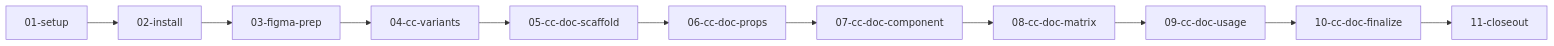
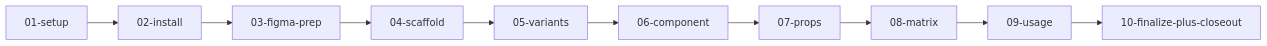
Before and after one commit to JBabcock-DL/DesignOps-plugin: the diagram in skills/create-component/phases/00-index.md, drawn with Mermaid. The commit also changed other lines of this file and 49 other files, not shown here.

````diff
--- a/skills/create-component/phases/00-index.md
+++ b/skills/create-component/phases/00-index.md
@@ -31,13 +32,12 @@
 ```mermaid
 flowchart LR
   P01[01-setup] --> P02[02-install]
   P02 --> P03[03-figma-prep]
-  P03 --> P04[04-cc-variants]
-  P04 --> P05[05-cc-doc-scaffold]
-  P05 --> P06[06-cc-doc-props]
-  P06 --> P07[07-cc-doc-component]
-  P07 --> P08[08-cc-doc-matrix]
-  P08 --> P09[09-cc-doc-usage]
-  P09 --> P10[10-cc-doc-finalize]
-  P10 --> P11[11-closeout]
+  P03 --> P04[04-scaffold]
+  P04 --> P05[05-variants]
+  P05 --> P06[06-component]
+  P06 --> P07[07-props]
+  P07 --> P08[08-matrix]
+  P08 --> P09[09-usage]
+  P09 --> P10[10-finalize-plus-closeout]
 ```
````
